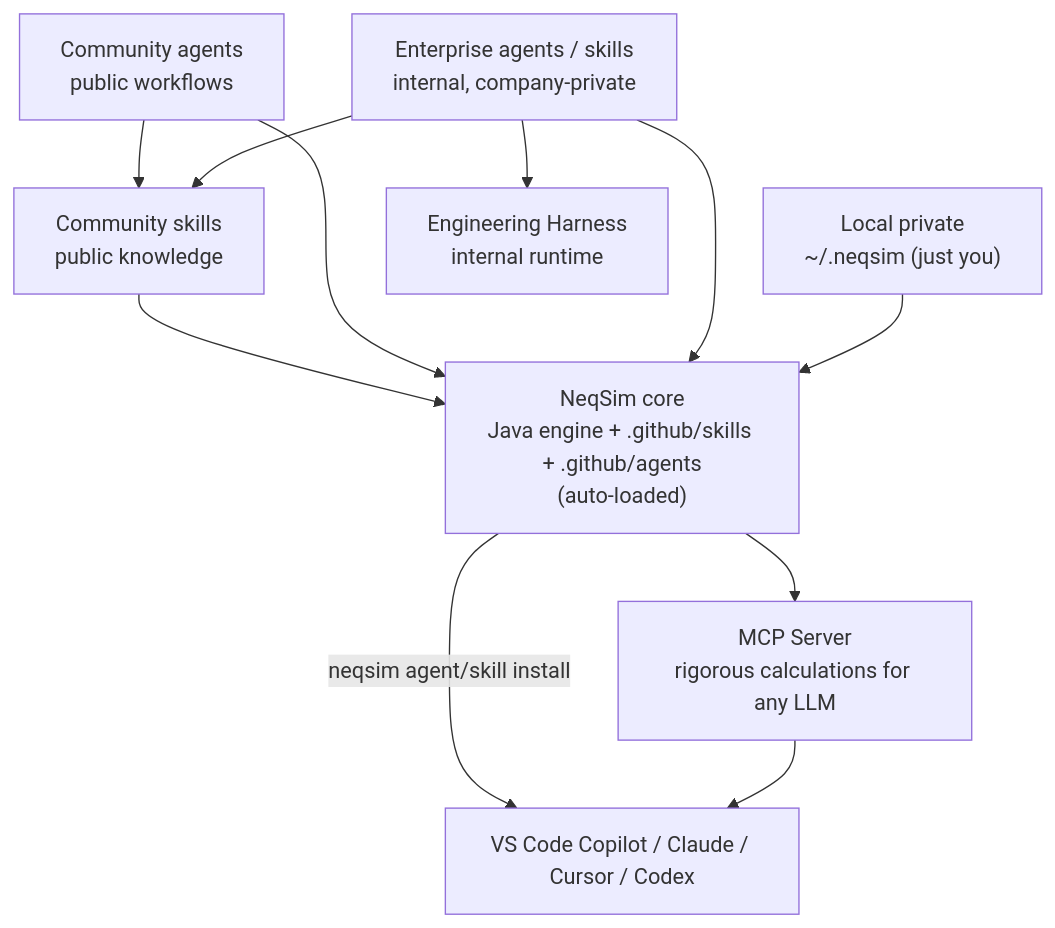
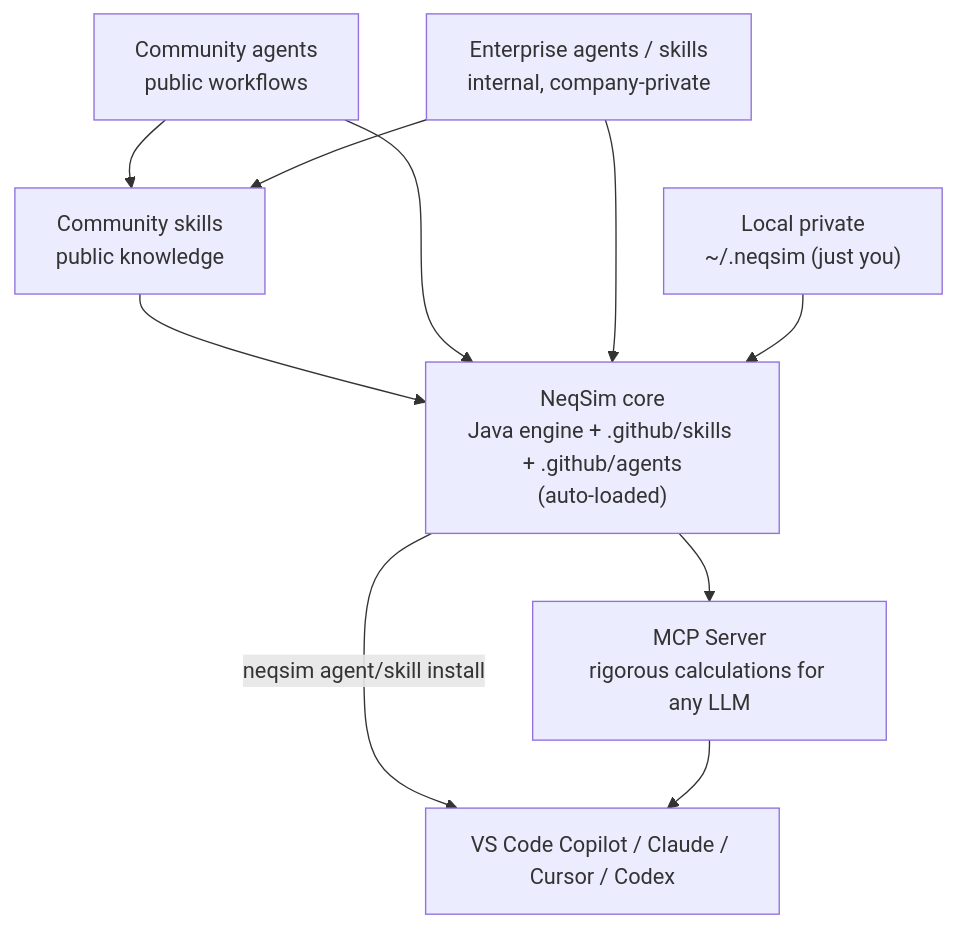
One commit to equinor/neqsim changed the first of 2 diagrams in README.md. Above: the diagram before and after it, drawn with Mermaid. The commit also changed other lines of this file and 1 other file, not shown here.

````diff
--- a/README.md
+++ b/README.md
@@ -276,22 +276,20 @@
 ```mermaid
 graph TD
     CORE["NeqSim core<br/>Java engine + .github/skills + .github/agents<br/>(auto-loaded)"]
     MCP["MCP Server<br/>rigorous calculations for any LLM"]
     CAG["Community agents<br/>public workflows"]
     CSK["Community skills<br/>public knowledge"]
     EAG["Enterprise agents / skills<br/>internal, company-private"]
     PRIV["Local private<br/>~/.neqsim (just you)"]
-    HARNESS["Engineering Harness<br/>internal runtime"]
     VSC["VS Code Copilot / Claude / Cursor / Codex"]
 
     CORE --> MCP
     CAG --> CSK
     EAG --> CSK
     CSK --> CORE
     CAG --> CORE
     EAG --> CORE
     PRIV --> CORE
     CORE -->|neqsim agent/skill install| VSC
-    EAG --> HARNESS
     MCP --> VSC
 ```
````
